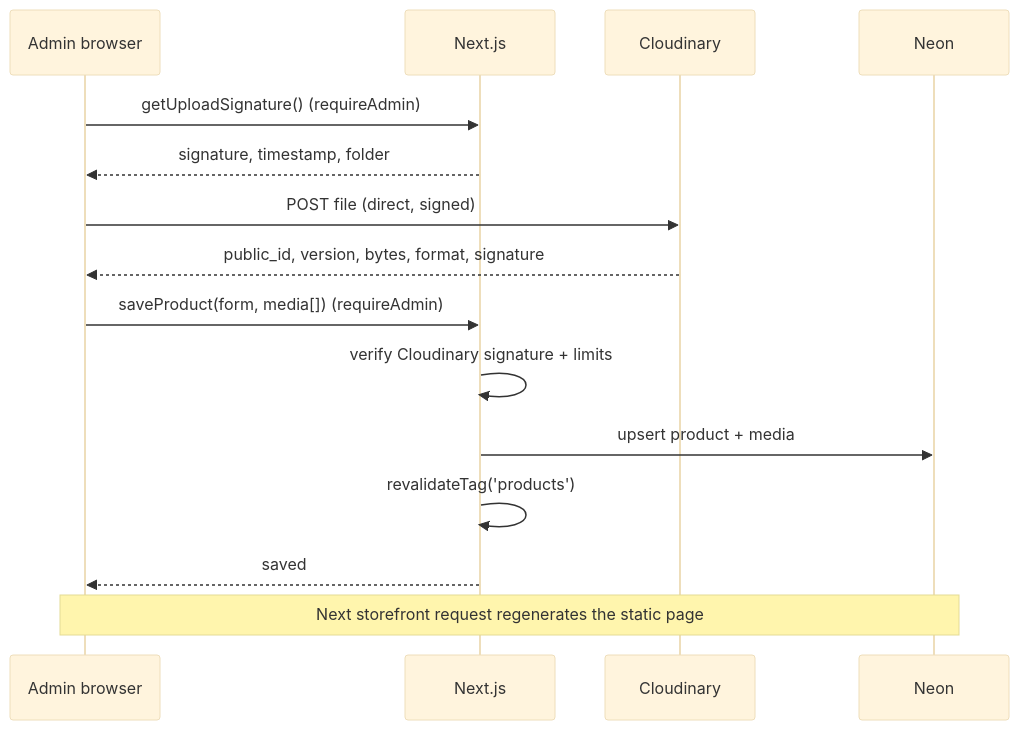
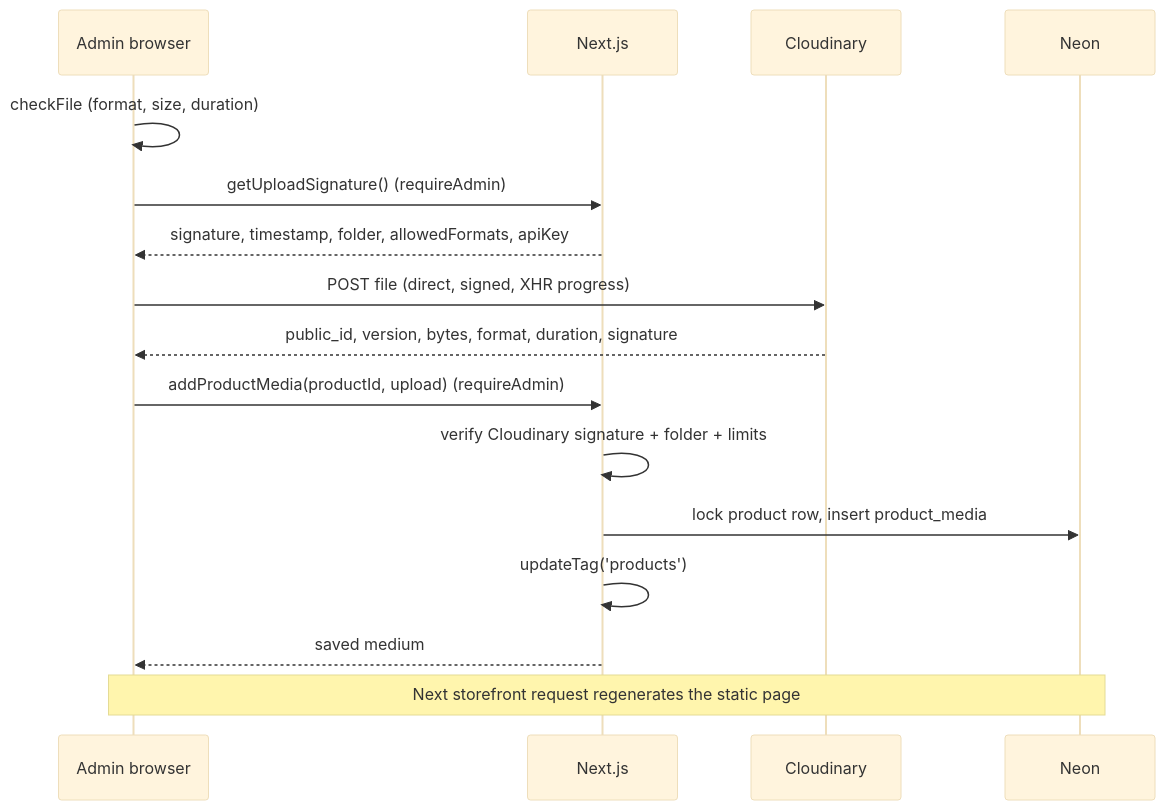
The third of 3 diagrams in docs/system-design.md (yerikhowilliamt/kagumi), drawn with Mermaid (base theme) before and after one commit. The commit also changed other lines of this file and 16 other files, not shown here.

First line of the commit message:
feat(M3.4): media panel with signed uploads, main photo and order

````diff
--- a/docs/system-design.md
+++ b/docs/system-design.md
@@ -286,17 +288,18 @@
 ```mermaid
 sequenceDiagram
   participant A as Admin browser
   participant N as Next.js
   participant CL as Cloudinary
   participant D as Neon
+  A->>A: checkFile (format, size, duration)
   A->>N: getUploadSignature()  (requireAdmin)
-  N-->>A: signature, timestamp, folder
-  A->>CL: POST file (direct, signed)
-  CL-->>A: public_id, version, bytes, format, signature
-  A->>N: saveProduct(form, media[])  (requireAdmin)
-  N->>N: verify Cloudinary signature + limits
-  N->>D: upsert product + media
-  N->>N: revalidateTag('products')
-  N-->>A: saved
+  N-->>A: signature, timestamp, folder, allowedFormats, apiKey
+  A->>CL: POST file (direct, signed, XHR progress)
+  CL-->>A: public_id, version, bytes, format, duration, signature
+  A->>N: addProductMedia(productId, upload)  (requireAdmin)
+  N->>N: verify Cloudinary signature + folder + limits
+  N->>D: lock product row, insert product_media
+  N->>N: updateTag('products')
+  N-->>A: saved medium
   Note over A,D: Next storefront request regenerates the static page
 ```
````
